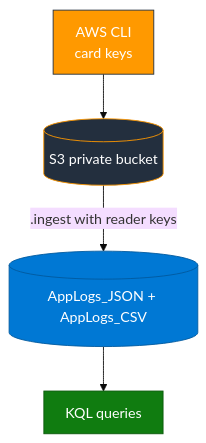
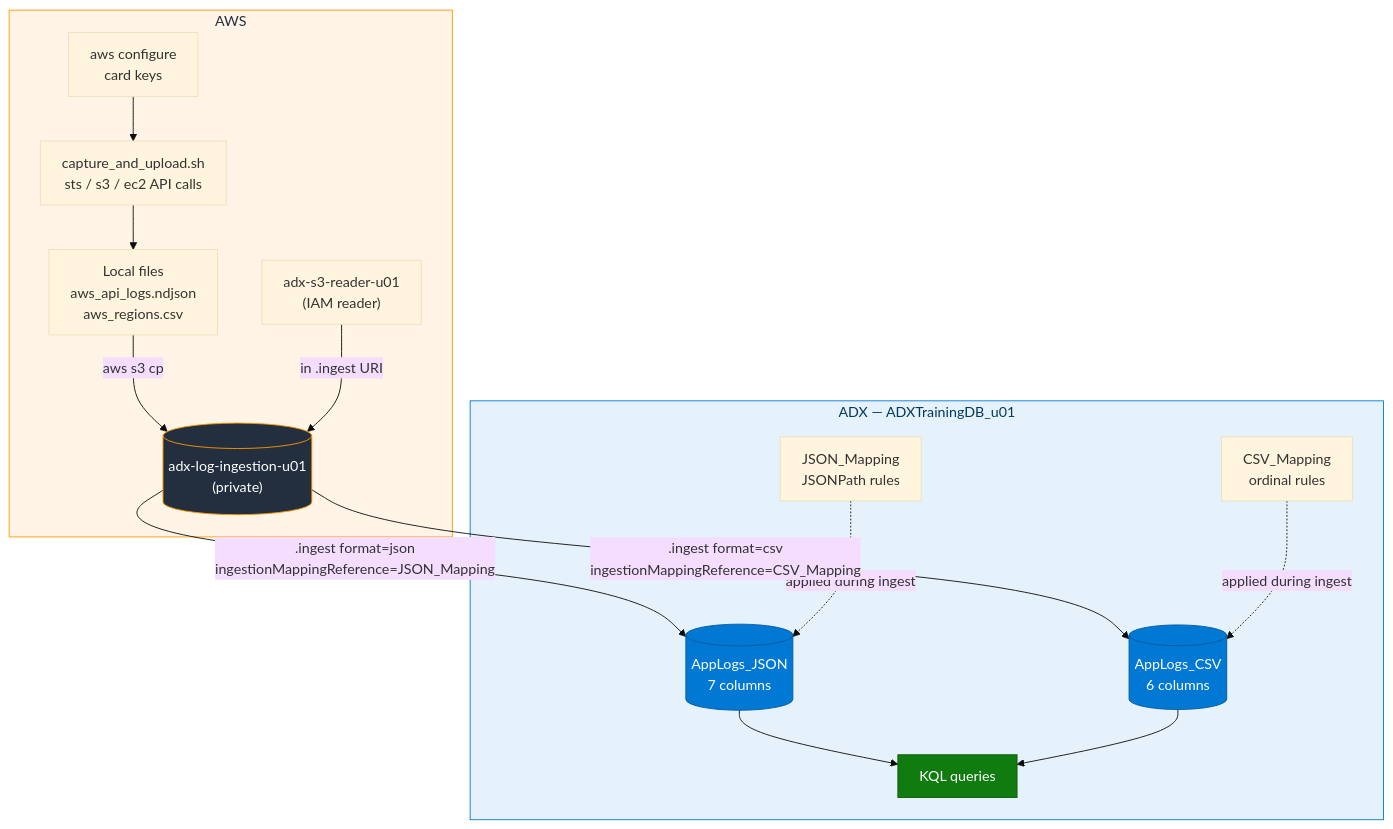
One commit to atingupta2005/adx-aws-training-aug-26 changed the second of 2 diagrams in Module_01_Amazon_S3/01_S3_to_ADX_Concepts.md. Above: the diagram before and after it, drawn with Mermaid. The commit also changed other lines of this file and 6 other files, not shown here.

````diff
--- a/Module_01_Amazon_S3/01_S3_to_ADX_Concepts.md
+++ b/Module_01_Amazon_S3/01_S3_to_ADX_Concepts.md
@@ -56,11 +73,34 @@
 ```mermaid
 %%{init: {"theme":"base","flowchart":{"htmlLabels":true,"padding":12}}}%%
 flowchart TB
-  CLI["AWS CLI<br/>card keys"] --> S3[("S3 private bucket")]
-  S3 -->|".ingest with reader keys"| T[("AppLogs_JSON + AppLogs_CSV")]
-  T --> KQL["KQL queries"]
-  style CLI fill:#FF9900,stroke:#232F3E,color:#fff
-  style S3 fill:#232F3E,stroke:#FF9900,color:#fff
-  style T fill:#0078D4,stroke:#005A9E,color:#fff
+  subgraph aws [AWS]
+    CLI["aws configure<br/>card keys"]
+    SCRIPT["capture_and_upload.sh<br/>sts / s3 / ec2 API calls"]
+    LOCAL["Local files<br/>aws_api_logs.ndjson<br/>aws_regions.csv"]
+    BUCKET[("adx-log-ingestion-u01<br/>(private)")]
+    READER["adx-s3-reader-u01<br/>(IAM reader)"]
+  end
+  subgraph adx [ADX — ADXTrainingDB_u01]
+    TJ[("AppLogs_JSON<br/>7 columns")]
+    TC[("AppLogs_CSV<br/>6 columns")]
+    MAP_J["JSON_Mapping<br/>JSONPath rules"]
+    MAP_C["CSV_Mapping<br/>ordinal rules"]
+    KQL["KQL queries"]
+  end
+  CLI --> SCRIPT
+  SCRIPT --> LOCAL
+  LOCAL -->|"aws s3 cp"| BUCKET
+  READER -->|"in .ingest URI"| BUCKET
+  BUCKET -->|".ingest format=json<br/>ingestionMappingReference=JSON_Mapping"| TJ
+  MAP_J -.->|"applied during ingest"| TJ
+  BUCKET -->|".ingest format=csv<br/>ingestionMappingReference=CSV_Mapping"| TC
+  MAP_C -.->|"applied during ingest"| TC
+  TJ --> KQL
+  TC --> KQL
+  style aws fill:#FFF4E5,stroke:#FF9900,color:#232F3E
+  style adx fill:#E6F2FB,stroke:#0078D4,color:#003A5D
+  style BUCKET fill:#232F3E,stroke:#FF9900,color:#fff
+  style TJ fill:#0078D4,stroke:#005A9E,color:#fff
+  style TC fill:#0078D4,stroke:#005A9E,color:#fff
   style KQL fill:#107C10,stroke:#0B5A0B,color:#fff
 ```
````
